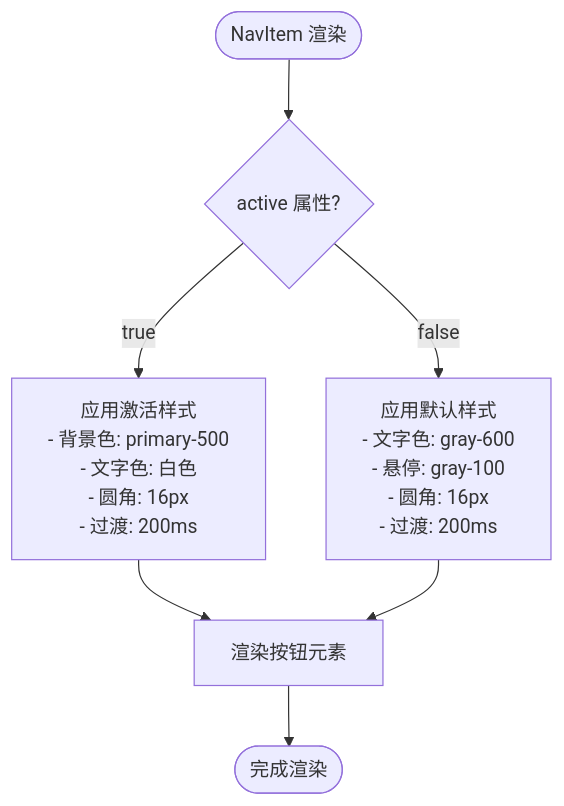
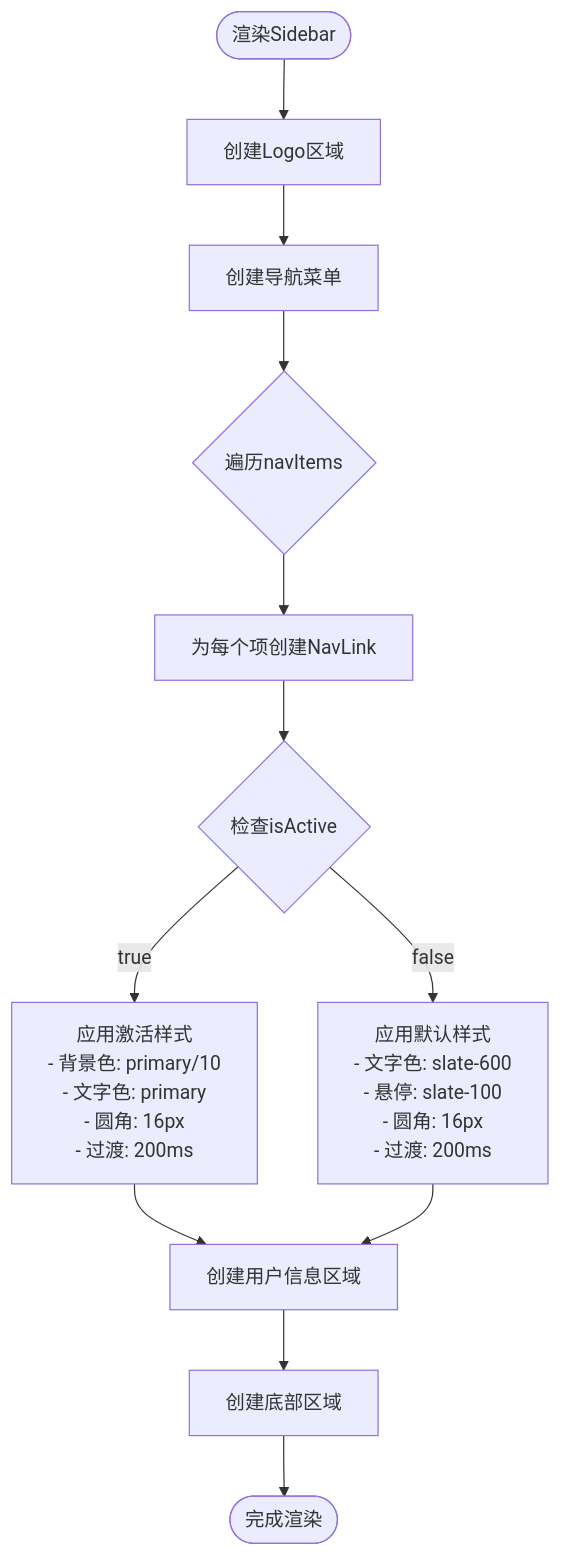
The third of 9 diagrams in .qoder/repowiki/zh/content/核心组件/导航组件 (Sidebar).md (xianjianshenqu/SalesFlow-CRM), drawn with Mermaid before and after one commit. The commit also changed other lines of this file and 17 other files, not shown here.

````diff
--- a/.qoder/repowiki/zh/content/核心组件/导航组件 (Sidebar).md
+++ b/.qoder/repowiki/zh/content/核心组件/导航组件 (Sidebar).md
@@ -161,9 +231,14 @@
 ```mermaid
 flowchart TD
-Start([NavItem 渲染]) --> CheckActive{"active 属性?"}
-CheckActive --> |true| ActiveStyles["应用激活样式<br/>- 背景色: primary-500<br/>- 文字色: 白色<br/>- 圆角: 16px<br/>- 过渡: 200ms"]
-CheckActive --> |false| InactiveStyles["应用默认样式<br/>- 文字色: gray-600<br/>- 悬停: gray-100<br/>- 圆角: 16px<br/>- 过渡: 200ms"]
-ActiveStyles --> RenderButton["渲染按钮元素"]
-InactiveStyles --> RenderButton
-RenderButton --> End([完成渲染])
+Start([渲染Sidebar]) --> CreateLogo[创建Logo区域]
+CreateLogo --> CreateNav[创建导航菜单]
+CreateNav --> MapItems{遍历navItems}
+MapItems --> CreateLink[为每个项创建NavLink]
+CreateLink --> CheckActive{检查isActive}
+CheckActive --> |true| ActiveStyles["应用激活样式<br/>- 背景色: primary/10<br/>- 文字色: primary<br/>- 圆角: 16px<br/>- 过渡: 200ms"]
+CheckActive --> |false| InactiveStyles["应用默认样式<br/>- 文字色: slate-600<br/>- 悬停: slate-100<br/>- 圆角: 16px<br/>- 过渡: 200ms"]
+ActiveStyles --> CreateUserArea[创建用户信息区域]
+InactiveStyles --> CreateUserArea
+CreateUserArea --> CreateBottomArea[创建底部区域]
+CreateBottomArea --> End([完成渲染])
 ```
````
